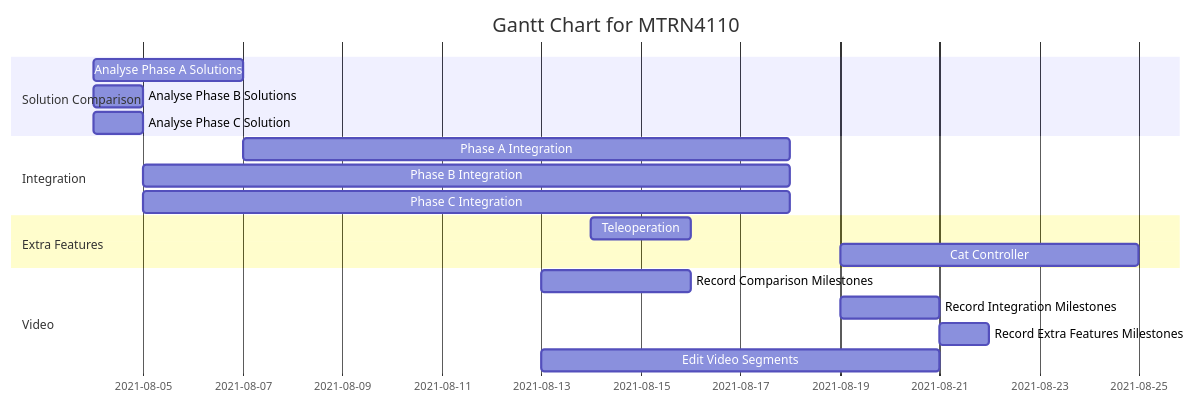
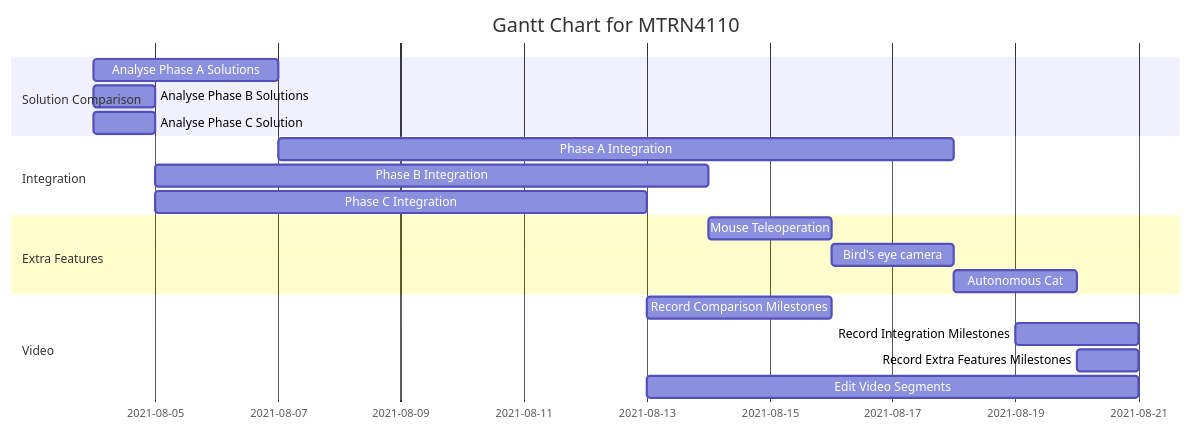
The diagram in README.md (dennuguyen/mtrn4110-proj), drawn with Mermaid before and after one commit.

Commit message:
fixed timelines

````diff
--- a/README.md
+++ b/README.md
@@ -7,24 +7,25 @@
 ```mermaid
 gantt
     title Gantt Chart for MTRN4110
     dateFormat  DD-MM-YYYY
     section Solution Comparison
     Analyse Phase A Solutions       :04-08-2021, 07-08-2021
     Analyse Phase B Solutions       :04-08-2021, 05-08-2021
     Analyse Phase C Solution        :04-08-2021, 05-08-2021
 
     section Integration
     Phase A Integration             :07-08-2021, 11d
-    Phase B Integration             :05-08-2021, 13d
-    Phase C Integration             :05-08-2021, 13d
+    Phase B Integration             :05-08-2021, 09d
+    Phase C Integration             :05-08-2021, 08d
 
     section Extra Features
-    Teleoperation              :14-08-2021, 2d
-    Cat Controller             :19-08-2021, 6d
+    Mouse Teleoperation           :14-08-2021, 2d
+    Bird's eye camera             :16-08-2021, 2d
+    Autonomous Cat                :18-08-2021, 2d
 
     section Video
     Record Comparison Milestones          :13-08-2021, 3d
     Record Integration Milestones         :19-08-2021, 2d
-    Record Extra Features Milestones      :21-08-2021, 1d
+    Record Extra Features Milestones      :20-08-2021, 1d
     Edit Video Segments                   :13-08-2021, 8d
 ```
````
